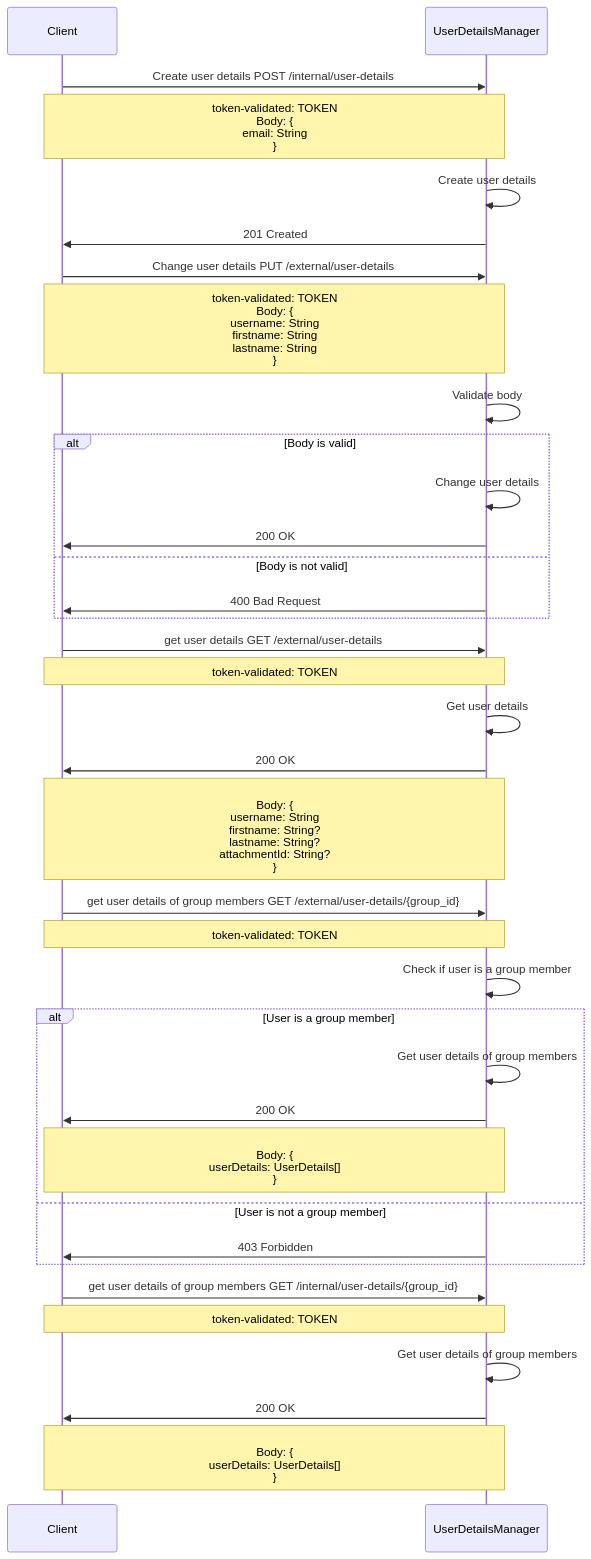
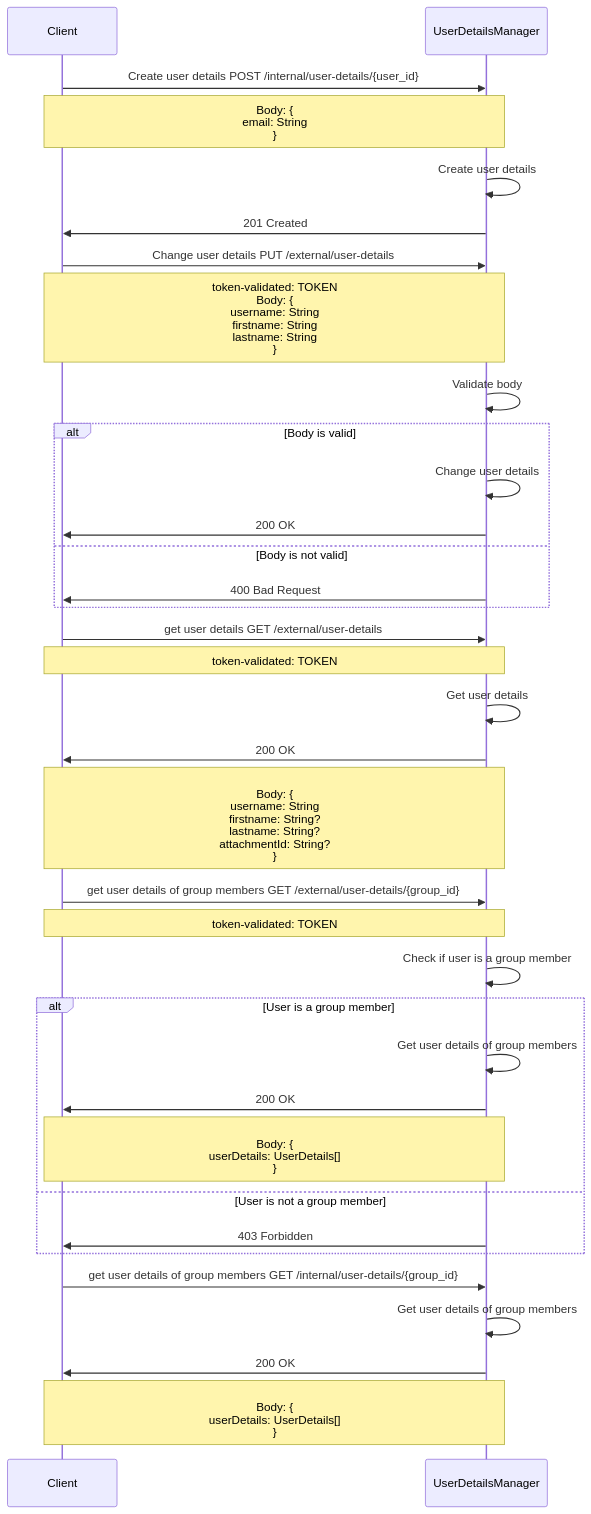
The fifth of 18 diagrams in docs/contracts.md (Group-Expense-Manager/gem-docs), drawn with Mermaid before and after one commit. The commit also changed other lines of this file, not shown here.

````diff
--- a/docs/contracts.md
+++ b/docs/contracts.md
@@ -200,46 +200,45 @@
 ```mermaid
 sequenceDiagram
 
     participant Client
     participant UserDetailsManager
 
-    Client->>UserDetailsManager: Create user details POST /internal/user-details
-    Note over Client,UserDetailsManager: token-validated: TOKEN<br>Body: {<br>email: String <br>}
+    Client->>UserDetailsManager: Create user details POST /internal/user-details/{user_id}
+    Note over Client,UserDetailsManager: Body: {<br>email: String <br>}
     UserDetailsManager->>UserDetailsManager: Create user details
     UserDetailsManager->>Client: 201 Created
 
     Client->>UserDetailsManager: Change user details PUT /external/user-details
     Note over Client,UserDetailsManager: token-validated: TOKEN<br> Body: {<br>username: String <br>firstname: String <br>lastname: String <br>}
     UserDetailsManager->>UserDetailsManager: Validate body
     alt Body is valid
         UserDetailsManager->>UserDetailsManager: Change user details
         UserDetailsManager->>Client: 200 OK
     else Body is not valid
         UserDetailsManager->>Client: 400 Bad Request
     end
 
 
     Client->>UserDetailsManager: get user details GET /external/user-details
     Note over Client,UserDetailsManager: token-validated: TOKEN
     UserDetailsManager->>UserDetailsManager: Get user details
     UserDetailsManager->>Client: 200 OK
     Note over Client,UserDetailsManager:<br> Body: {<br>username: String <br>firstname: String? <br>lastname: String? <br>attachmentId: String?<br>}
 
     Client->>UserDetailsManager: get user details of group members GET /external/user-details/{group_id}
     Note over Client,UserDetailsManager: token-validated: TOKEN
     UserDetailsManager->>UserDetailsManager: Check if user is a group member
     alt User is a group member
         UserDetailsManager->>UserDetailsManager: Get user details of group members
         UserDetailsManager->>Client: 200 OK
         Note over Client,UserDetailsManager:<br> Body: {<br> userDetails: UserDetails[] <br>}
     else User is not a group member
         UserDetailsManager->>Client: 403 Forbidden
     end
 
     Client->>UserDetailsManager: get user details of group members GET /internal/user-details/{group_id}
-    Note over Client,UserDetailsManager: token-validated: TOKEN
     UserDetailsManager->>UserDetailsManager: Get user details of group members
     UserDetailsManager->>Client: 200 OK
     Note over Client,UserDetailsManager:<br> Body: {<br> userDetails: UserDetails[] <br>}
 
 ```
````
